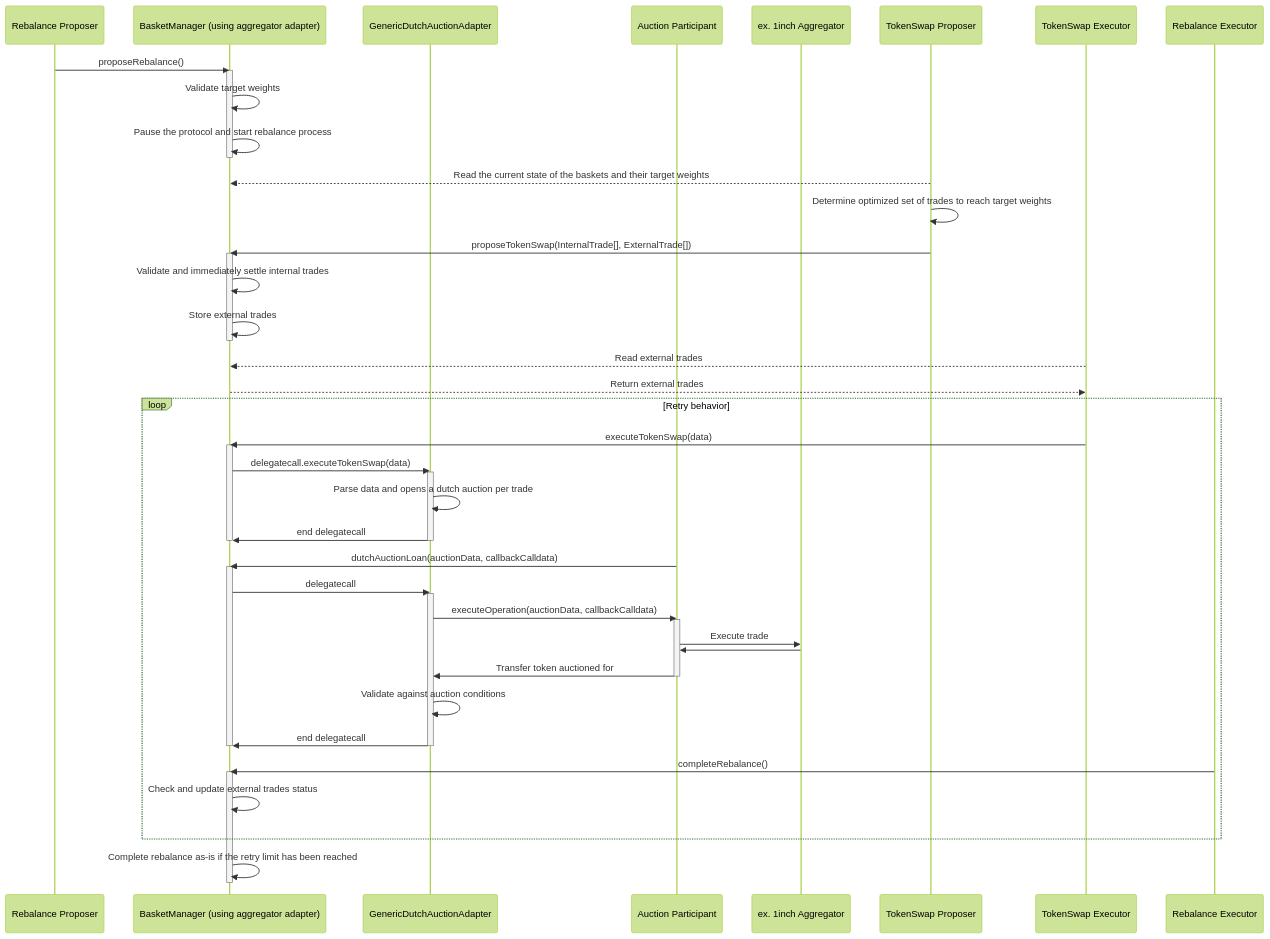
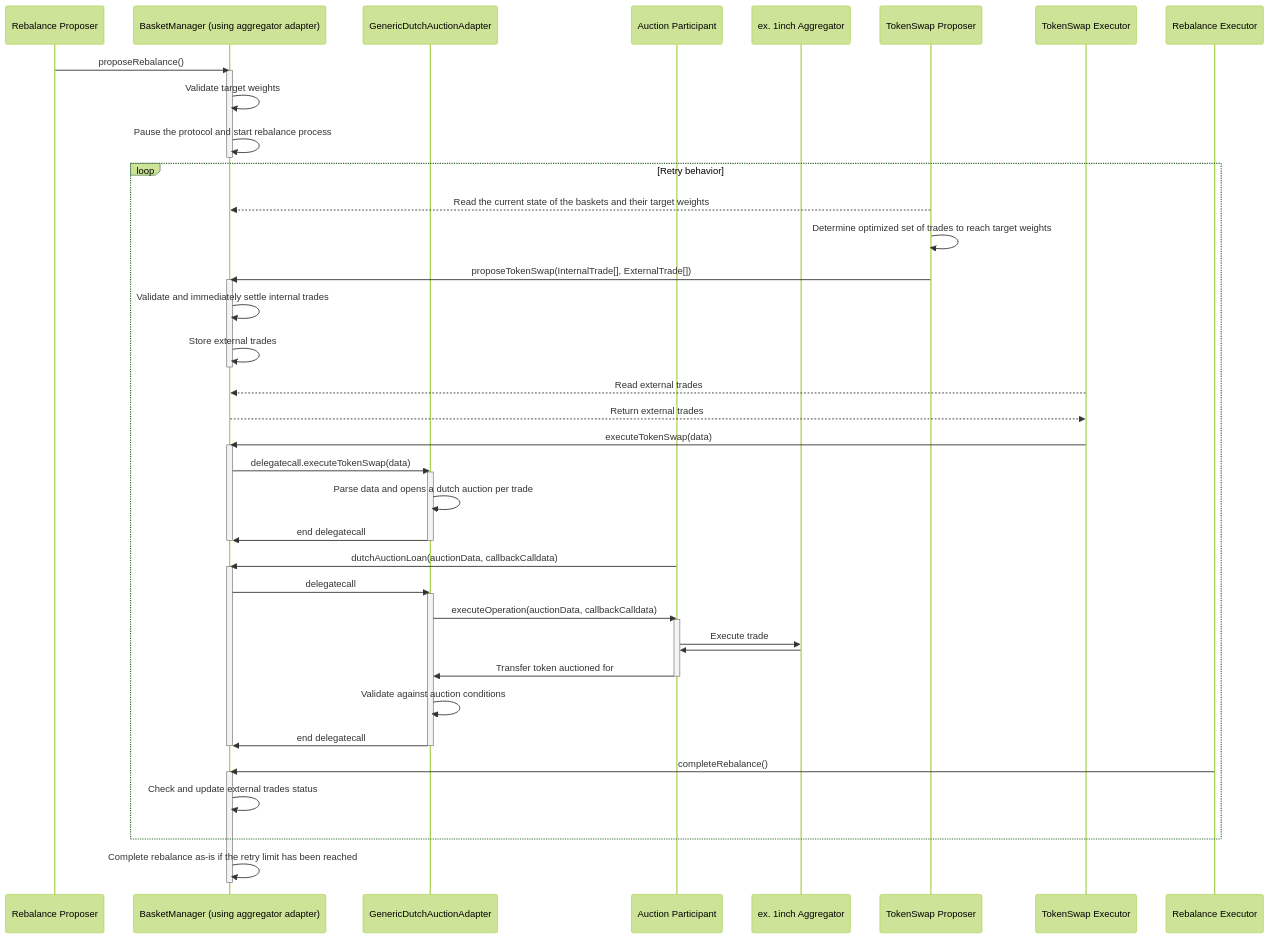
The fourth of 4 diagrams in technical/cove/rfc.mdx (Storm-Labs-Inc/cove-docs-mintlify), drawn with Mermaid (forest theme) before and after one commit. The commit also changed other lines of this file, not shown here.

Commit message:
fix: update the mermaid charts to reflect behavior (#6)

````diff
--- a/technical/cove/rfc.mdx
+++ b/technical/cove/rfc.mdx
@@ -385,59 +390,59 @@
 ```mermaid
 sequenceDiagram
     participant RebalanceProposer as Rebalance Proposer
     participant BasketManagerSC as BasketManager (using aggregator adapter)
     participant GenericDutchAuctionAdapter as GenericDutchAuctionAdapter
     participant AuctionParticipant as Auction Participant
     participant inchAggregator as ex. 1inch Aggregator
     participant TokenSwapProposer as TokenSwap Proposer
     participant TokenSwapExecutor as TokenSwap Executor
     participant RebalanceExecutor as Rebalance Executor
     %% Stage 1: Rebalance Proposal
     RebalanceProposer->>BasketManagerSC: proposeRebalance()
     activate BasketManagerSC
     BasketManagerSC->>BasketManagerSC: Validate target weights
     BasketManagerSC->>BasketManagerSC: Pause the protocol and start rebalance process
     deactivate BasketManagerSC
+    loop Retry behavior
     TokenSwapProposer-->>BasketManagerSC: Read the current state of the baskets and their target weights
     TokenSwapProposer->>TokenSwapProposer: Determine optimized set of trades to reach target weights
     TokenSwapProposer->>BasketManagerSC: proposeTokenSwap(InternalTrade[], ExternalTrade[])
     activate BasketManagerSC
     BasketManagerSC->>BasketManagerSC: Validate and immediately settle internal trades
     BasketManagerSC->>BasketManagerSC: Store external trades
     deactivate BasketManagerSC
     %% Stage 2: Token Swap Intent Proposal
     TokenSwapExecutor-->>BasketManagerSC: Read external trades
     BasketManagerSC-->>TokenSwapExecutor: Return external trades
-    loop Retry behavior
     TokenSwapExecutor->>BasketManagerSC: executeTokenSwap(data)
     activate BasketManagerSC
     BasketManagerSC->>GenericDutchAuctionAdapter: delegatecall.executeTokenSwap(data)
     activate GenericDutchAuctionAdapter
     GenericDutchAuctionAdapter->>GenericDutchAuctionAdapter: Parse data and opens a dutch auction per trade
     GenericDutchAuctionAdapter->>BasketManagerSC: end delegatecall
     deactivate GenericDutchAuctionAdapter
     deactivate BasketManagerSC
     %% Stage 3: Token Swap Execution
     AuctionParticipant->>BasketManagerSC: dutchAuctionLoan(auctionData, callbackCalldata)
     activate BasketManagerSC
     BasketManagerSC->>GenericDutchAuctionAdapter: delegatecall
     activate GenericDutchAuctionAdapter
     GenericDutchAuctionAdapter->>AuctionParticipant: executeOperation(auctionData, callbackCalldata)
     activate AuctionParticipant
     AuctionParticipant ->> inchAggregator: Execute trade
     inchAggregator ->> AuctionParticipant: 
     AuctionParticipant->>GenericDutchAuctionAdapter: Transfer token auctioned for
     deactivate AuctionParticipant
     GenericDutchAuctionAdapter ->> GenericDutchAuctionAdapter: Validate against auction conditions
     GenericDutchAuctionAdapter->>BasketManagerSC: end delegatecall
     deactivate GenericDutchAuctionAdapter
 
     deactivate BasketManagerSC
     %% Stage 4: Complete Rebalance
     RebalanceExecutor->>BasketManagerSC: completeRebalance()
     activate BasketManagerSC
     BasketManagerSC->>BasketManagerSC: Check and update external trades status
     end
     BasketManagerSC->>BasketManagerSC: Complete rebalance as-is if the retry limit has been reached
     deactivate BasketManagerSC
 ```
````
